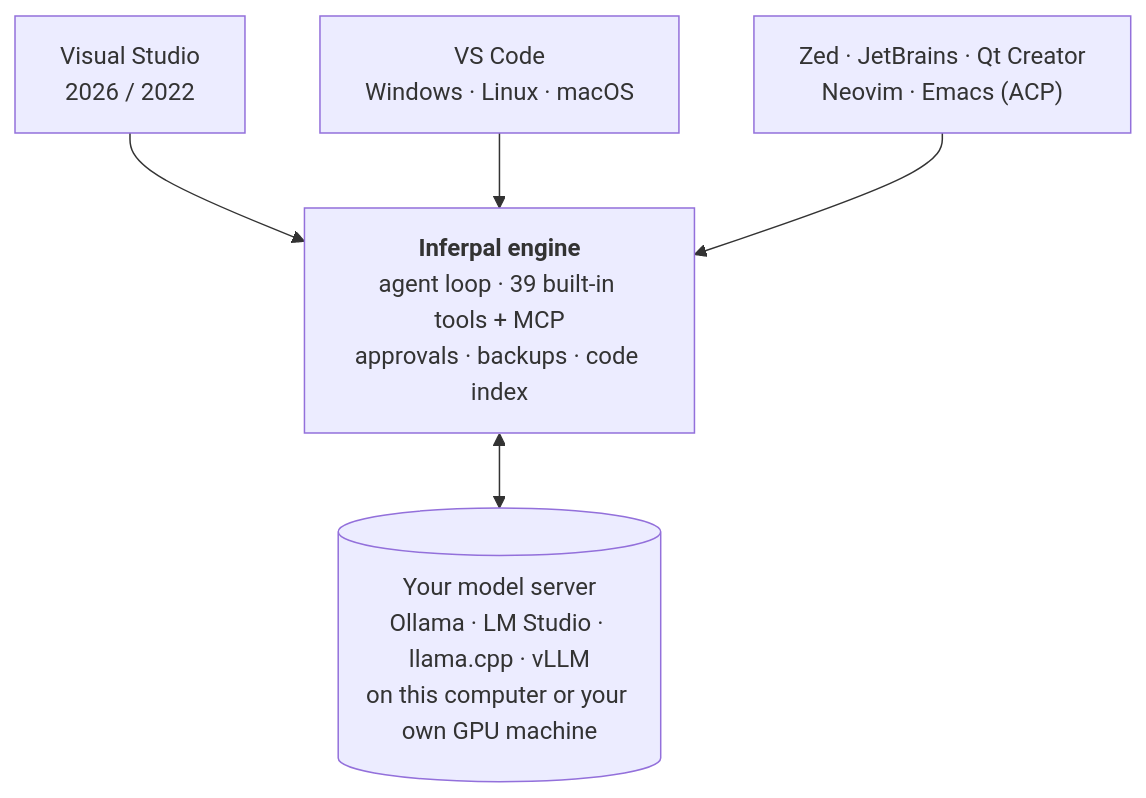
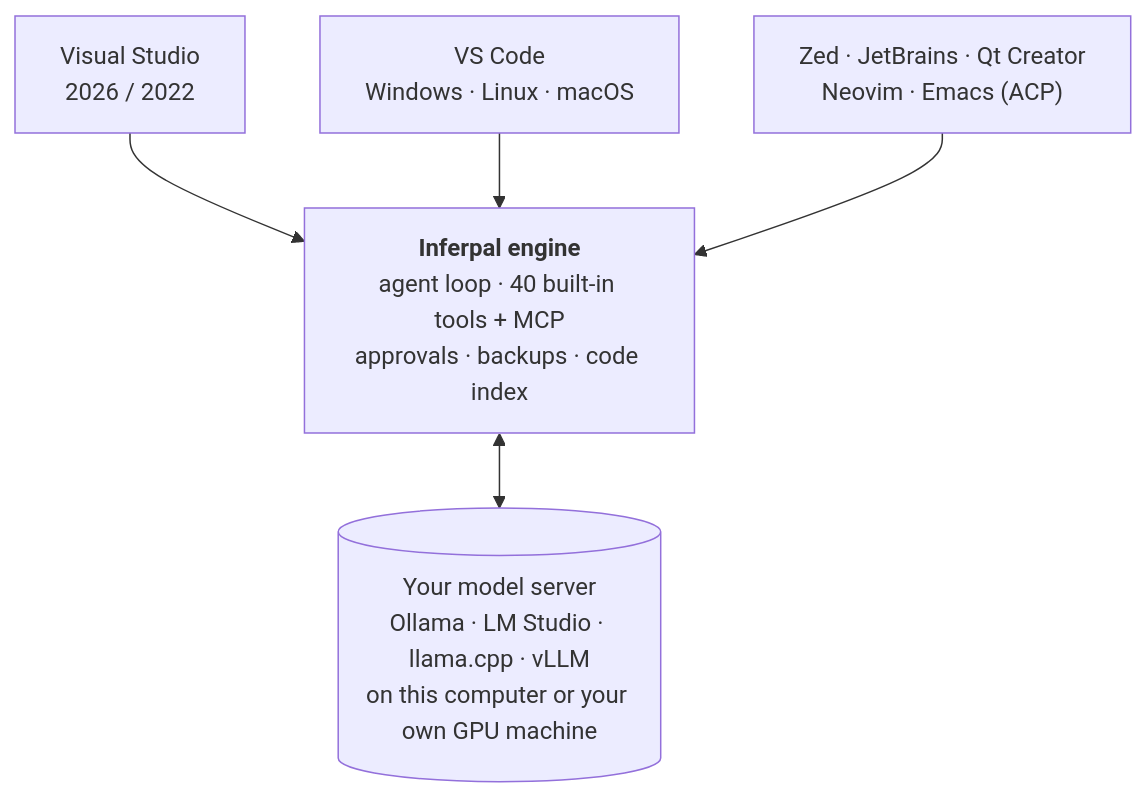
One commit to EstaxNet/Inferpal changed the second of 2 diagrams in README.md. Above: the diagram before and after it, drawn with Mermaid. The commit also changed other lines of this file and 20 other files, not shown here.

````diff
--- a/README.md
+++ b/README.md
@@ -161,10 +161,10 @@
 ```mermaid
 flowchart TB
     VS["Visual Studio<br/>2026 / 2022"]
     VSC["VS Code<br/>Windows · Linux · macOS"]
     ACP["Zed · JetBrains · Qt Creator<br/>Neovim · Emacs (ACP)"]
-    ENGINE["<b>Inferpal engine</b><br/>agent loop · 39 built-in tools + MCP<br/>approvals · backups · code index"]
+    ENGINE["<b>Inferpal engine</b><br/>agent loop · 40 built-in tools + MCP<br/>approvals · backups · code index"]
     MODEL[("Your model server<br/>Ollama · LM Studio · llama.cpp · vLLM<br/>on this computer or your own GPU machine")]
     VS & VSC & ACP --> ENGINE
     ENGINE <--> MODEL
 ```
````
